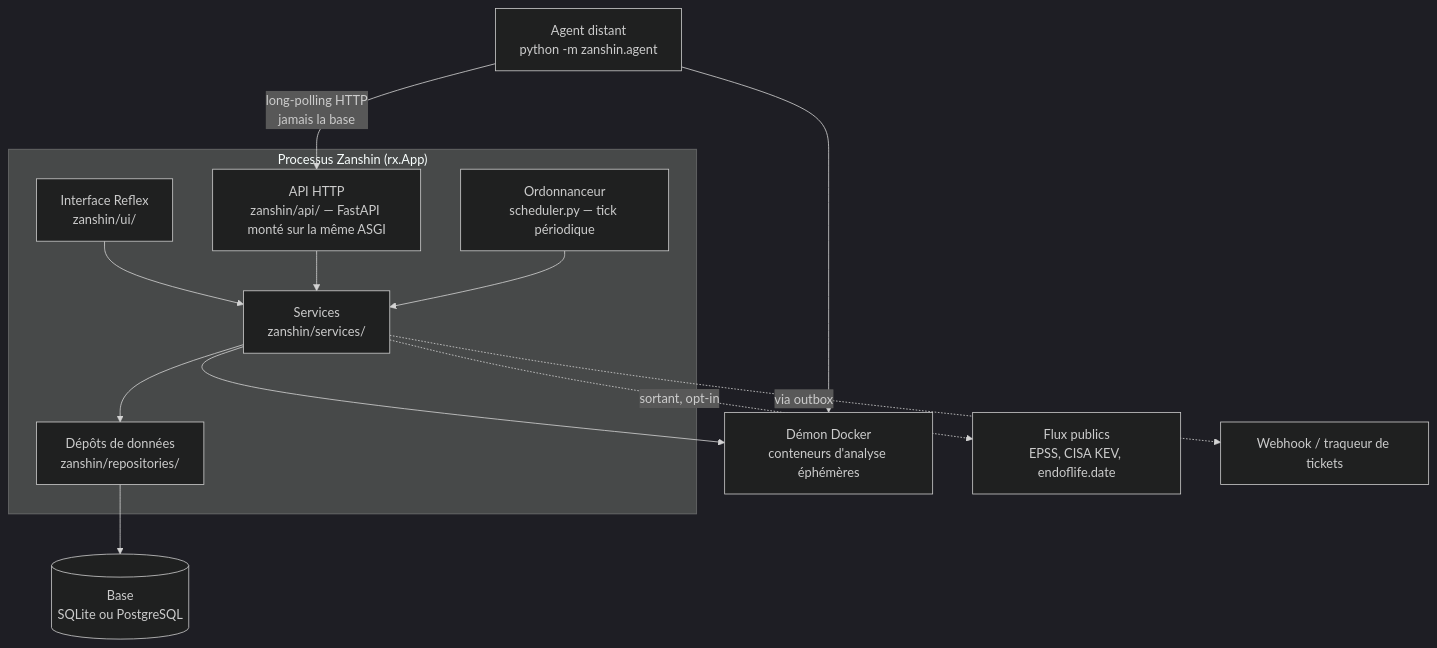
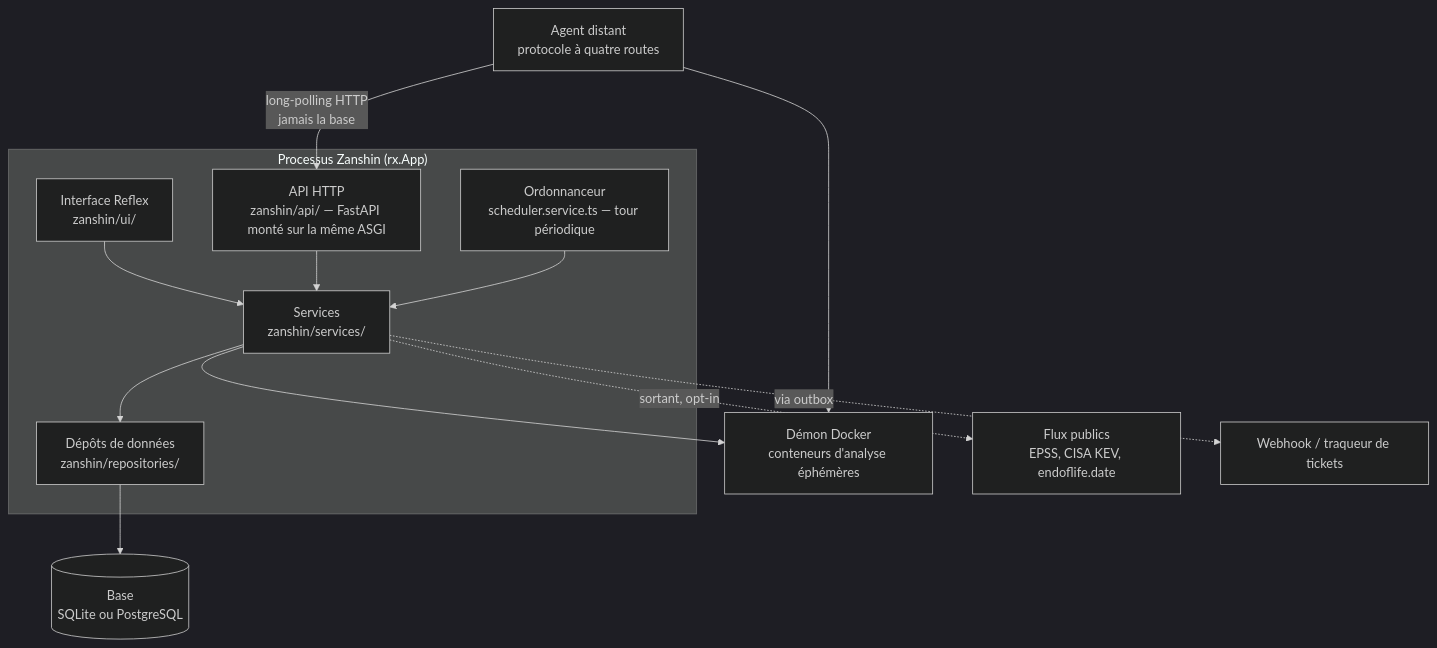
One commit to asmolabs/vectispire changed the first of 2 diagrams in docs/architecture/01-vue-d-ensemble.md. Above: the diagram before and after it, drawn with Mermaid (dark theme). The commit also changed other lines of this file and 246 other files, not shown here.

````diff
--- a/docs/architecture/01-vue-d-ensemble.md
+++ b/docs/architecture/01-vue-d-ensemble.md
@@ -38,27 +38,27 @@
 ```mermaid
 flowchart TB
     subgraph proc["Processus Zanshin (rx.App)"]
         UI["Interface Reflex<br/>zanshin/ui/"]
         API["API HTTP<br/>zanshin/api/ — FastAPI monté sur la même ASGI"]
         SVC["Services<br/>zanshin/services/"]
         REPO["Dépôts de données<br/>zanshin/repositories/"]
-        SCHED["Ordonnanceur<br/>scheduler.py — tick périodique"]
+        SCHED["Ordonnanceur<br/>scheduler.service.ts — tour périodique"]
     end
 
     DB[("Base<br/>SQLite ou PostgreSQL")]
     DOCKER["Démon Docker<br/>conteneurs d'analyse éphémères"]
-    AGENT["Agent distant<br/>python -m zanshin.agent"]
+    AGENT["Agent distant<br/>protocole à quatre routes"]
     FEEDS["Flux publics<br/>EPSS, CISA KEV, endoflife.date"]
     HOOK["Webhook / traqueur de tickets"]
 
     UI --> SVC
     API --> SVC
     SCHED --> SVC
     SVC --> REPO
     REPO --> DB
     SVC --> DOCKER
     SVC -.->|"sortant, opt-in"| FEEDS
     SVC -.->|"via outbox"| HOOK
     AGENT -->|"long-polling HTTP<br/>jamais la base"| API
     AGENT --> DOCKER
 ```
````
